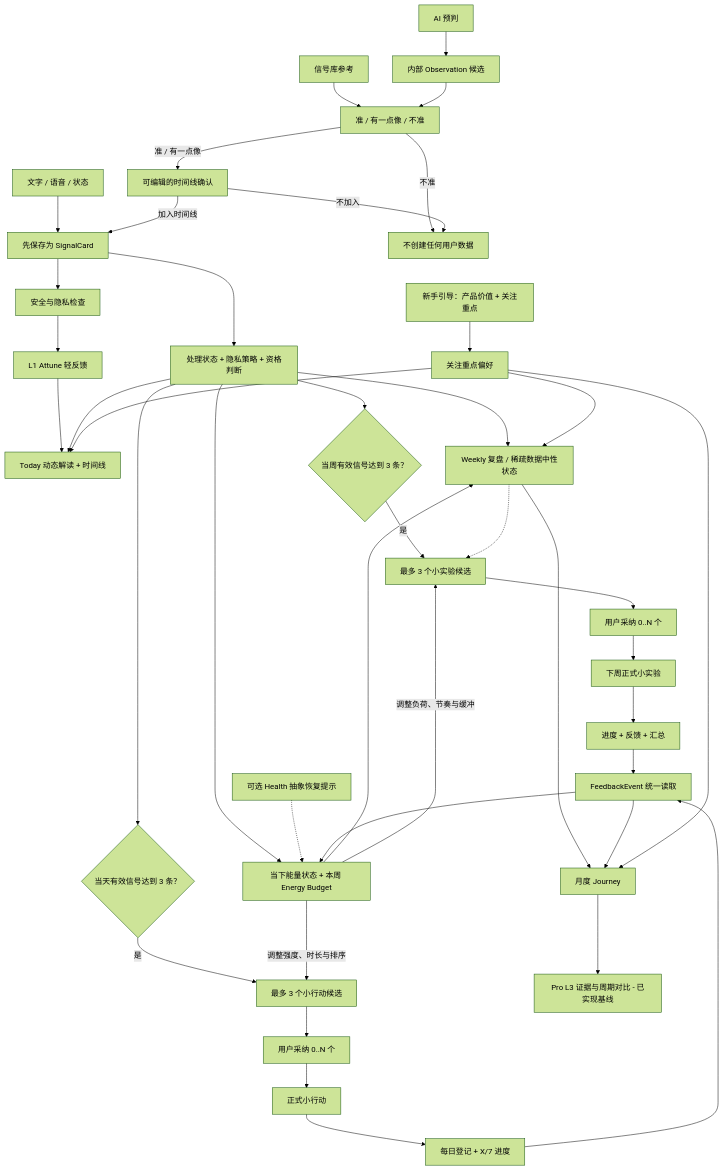
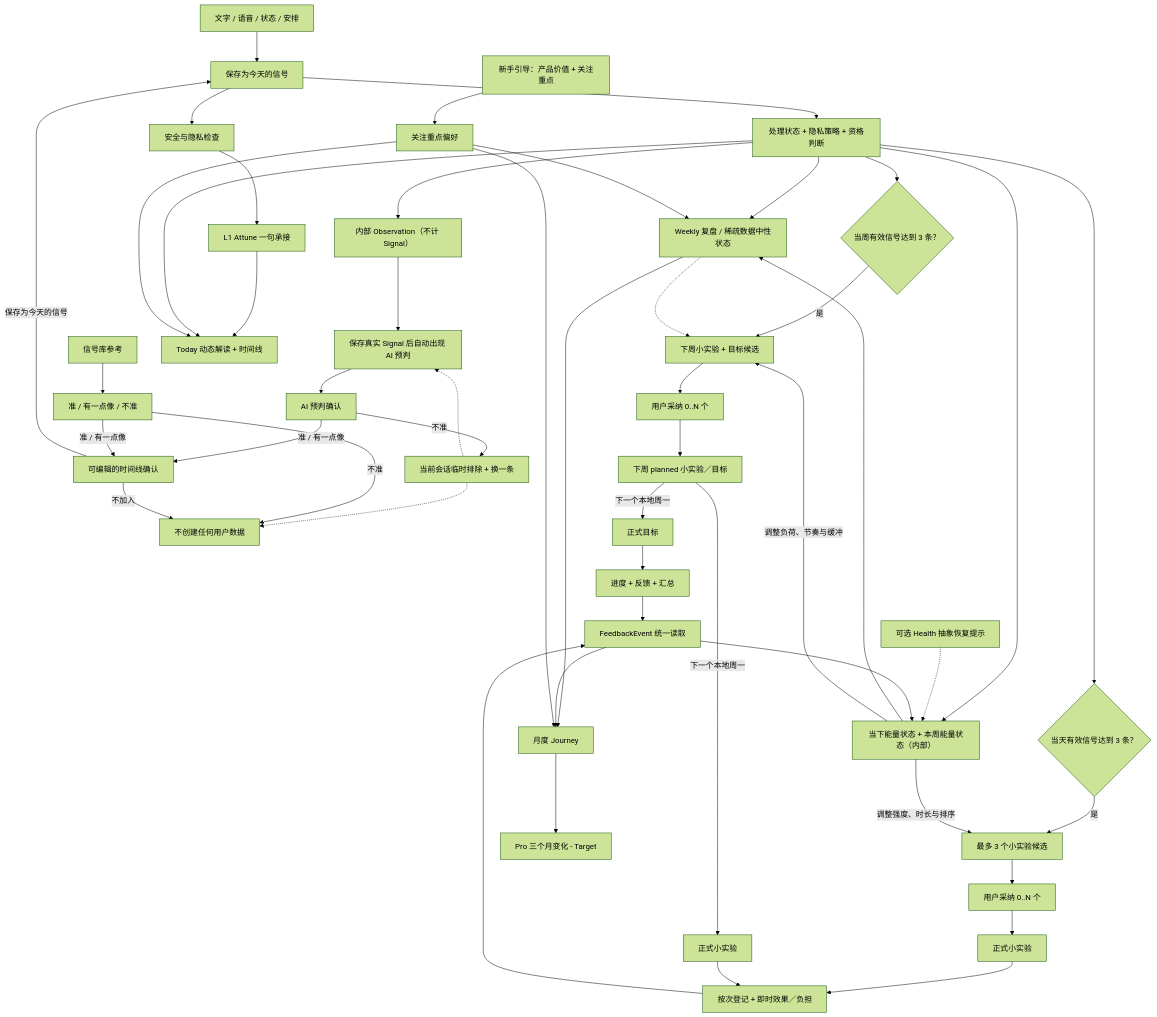
The diagram in docs/active/app_design.md (itsukikuchiki/ai_opportunity_radar), drawn with Mermaid (forest theme) before and after one commit. The commit also changed other lines of this file and 204 other files, not shown here.

````diff
--- a/docs/active/app_design.md
+++ b/docs/active/app_design.md
@@ -84,43 +100,51 @@
 ```mermaid
 flowchart TD
   ONB["新手引导：产品价值 + 关注重点"] --> PREF["关注重点偏好"]
-  DIRECT["文字 / 语音 / 状态"] --> SAVE["先保存为 SignalCard"]
-  AIP["AI 预判"] --> OBS["内部 Observation 候选"]
-  LIB["信号库参考"] --> DECIDE["准 / 有一点像 / 不准"]
-  OBS --> DECIDE
+  DIRECT["文字 / 语音 / 状态 / 安排"] --> SAVE["保存为今天的信号"]
+  LIB["信号库参考"] --> LIBDECIDE["准 / 有一点像 / 不准"]
+  POLICY --> OBS["内部 Observation（不计 Signal）"]
+  OBS --> AIP["保存真实 Signal 后自动出现 AI 预判"]
+  AIP --> DECIDE["AI 预判确认"]
   DECIDE -->|"准 / 有一点像"| EDIT["可编辑的时间线确认"]
-  DECIDE -->|"不准"| PRIVATE["不创建任何用户数据"]
-  EDIT -->|"加入时间线"| SAVE
+  DECIDE -->|"不准"| REPLACE["当前会话临时排除 + 换一条"]
+  REPLACE -.-> AIP
+  REPLACE -.-> PRIVATE["不创建任何用户数据"]
+  LIBDECIDE -->|"准 / 有一点像"| EDIT
+  LIBDECIDE -->|"不准"| PRIVATE
+  EDIT -->|"保存为今天的信号"| SAVE
   EDIT -->|"不加入"| PRIVATE
   SAVE --> POLICY["处理状态 + 隐私策略 + 资格判断"]
   SAVE --> SAFE["安全与隐私检查"]
-  SAFE --> ATTUNE["L1 Attune 轻反馈"]
+  SAFE --> ATTUNE["L1 Attune 一句承接"]
   ATTUNE --> TODAY
-  POLICY --> ENERGY["当下能量状态 + 本周 Energy Budget"]
+  POLICY --> ENERGY["当下能量状态 + 本周能量状态（内部）"]
   EXT["可选 Health 抽象恢复提示"] -.-> ENERGY
   POLICY --> TODAY["Today 动态解读 + 时间线"]
   POLICY --> DGATE{"当天有效信号达到 3 条？"}
-  DGATE -->|"是"| MAC["最多 3 个小行动候选"]
+  DGATE -->|"是"| MAC["最多 3 个小实验候选"]
   ENERGY -->|"调整强度、时长与排序"| MAC
   MAC --> MADOPT["用户采纳 0..N 个"]
-  MADOPT --> MA["正式小行动"]
-  MA --> MAP["每日登记 + X/7 进度"]
+  MADOPT --> MA["正式小实验"]
+  MA --> MAP["按次登记 + 即时效果／负担"]
   POLICY --> WEEKLY["Weekly 复盘 / 稀疏数据中性状态"]
   ENERGY --> WEEKLY
   POLICY --> WGATE{"当周有效信号达到 3 条？"}
-  WGATE -->|"是"| EC["最多 3 个小实验候选"]
-  ENERGY -->|"调整负荷、节奏与缓冲"| EC
-  WEEKLY -.-> EC
-  EC --> EADOPT["用户采纳 0..N 个"]
-  EADOPT --> LE["下周正式小实验"]
+  WGATE -->|"是"| NWC["下周小实验 + 目标候选"]
+  ENERGY -->|"调整负荷、节奏与缓冲"| NWC
+  WEEKLY -.-> NWC
+  NWC --> EADOPT["用户采纳 0..N 个"]
+  EADOPT --> PLAN["下周 planned 小实验／目标"]
+  PLAN -->|"下一个本地周一"| LE["正式目标"]
+  PLAN -->|"下一个本地周一"| MAW["正式小实验"]
+  MAW --> MAP
   LE --> LEP["进度 + 反馈 + 汇总"]
   MAP --> FB["FeedbackEvent 统一读取"]
   LEP --> FB
   FB --> ENERGY
   WEEKLY --> JOURNEY["月度 Journey"]
   FB --> JOURNEY
-  JOURNEY --> PRO["Pro L3 证据与周期对比 - 已实现基线"]
+  JOURNEY --> PRO["Pro 三个月变化 - Target"]
   PREF --> TODAY
   PREF --> WEEKLY
   PREF --> JOURNEY
 ```
````
